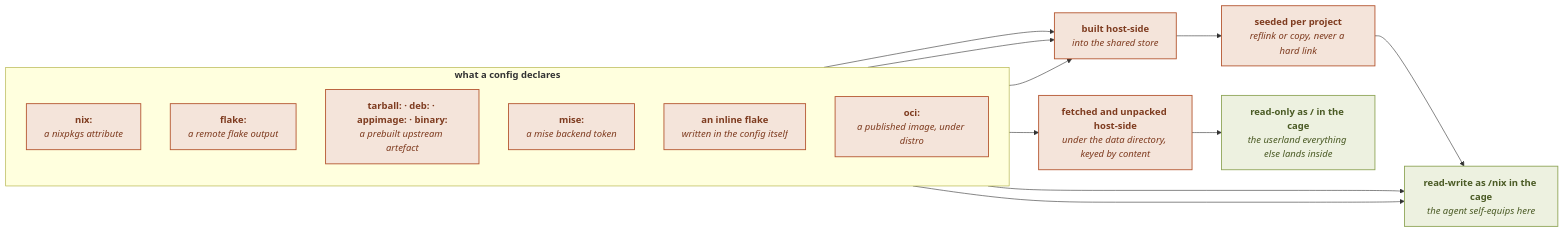
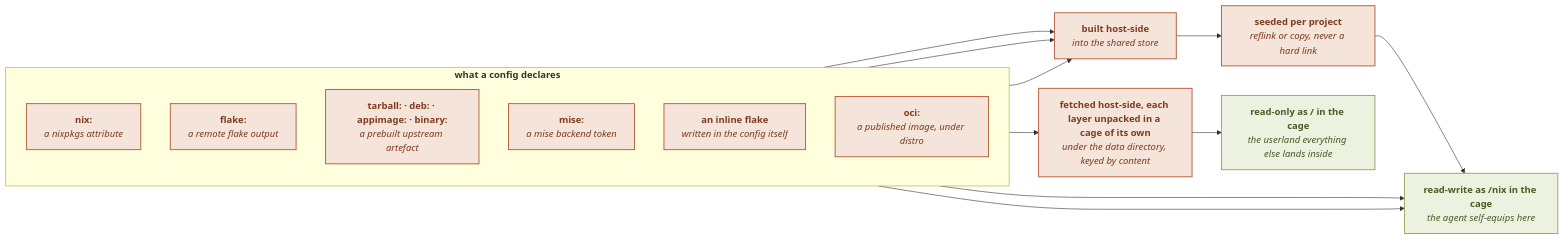
One commit to gigi206/ops-cli changed the fourth of 8 diagrams in docs-site/docs/guide/concepts/architecture.md. Above: the diagram before and after it, drawn with Mermaid. The commit also changed other lines of this file and 15 other files, not shown here.

````diff
--- a/docs-site/docs/guide/concepts/architecture.md
+++ b/docs-site/docs/guide/concepts/architecture.md
@@ -187,27 +187,27 @@
 ```mermaid
 flowchart LR
     subgraph declared["<b>what a config declares</b>"]
         direction TB
         N["<b>nix:</b><br/><i>a nixpkgs attribute</i>"]
         FL["<b>flake:</b><br/><i>a remote flake output</i>"]
         PRE["<b>tarball: · deb: · appimage: · binary:</b><br/><i>a prebuilt upstream artefact</i>"]
         M["<b>mise:</b><br/><i>a mise backend token</i>"]
         IN["<b>an inline flake</b><br/><i>written in the config itself</i>"]
         OCI["<b>oci:</b><br/><i>a published image, under distro</i>"]
     end
 
     N --> HOST["<b>built host-side</b><br/><i>into the shared store</i>"]
     FL --> HOST
     PRE --> HOST
     HOST --> SEED["<b>seeded per project</b><br/><i>reflink or copy, never a hard link</i>"]
     SEED --> CAGE["<b>read-write as /nix in the cage</b><br/><i>the agent self-equips here</i>"]
     M --> CAGE
     IN --> CAGE
-    OCI --> UNPACK["<b>fetched and unpacked host-side</b><br/><i>under the data directory, keyed by content</i>"]
+    OCI --> UNPACK["<b>fetched host-side, each layer unpacked in a cage of its own</b><br/><i>under the data directory, keyed by content</i>"]
     UNPACK --> ROOT["<b>read-only as / in the cage</b><br/><i>the userland everything else lands inside</i>"]
 
     classDef hs fill:#F4E4DA,stroke:#B4552F,stroke-width:1.5px,color:#7E3B1F
     classDef cs fill:#EDF1E0,stroke:#8FA557,stroke-width:1.5px,color:#4A5A24
     class N,FL,PRE,M,IN,OCI,HOST,SEED,UNPACK hs
     class CAGE,ROOT cs
 ```
````
